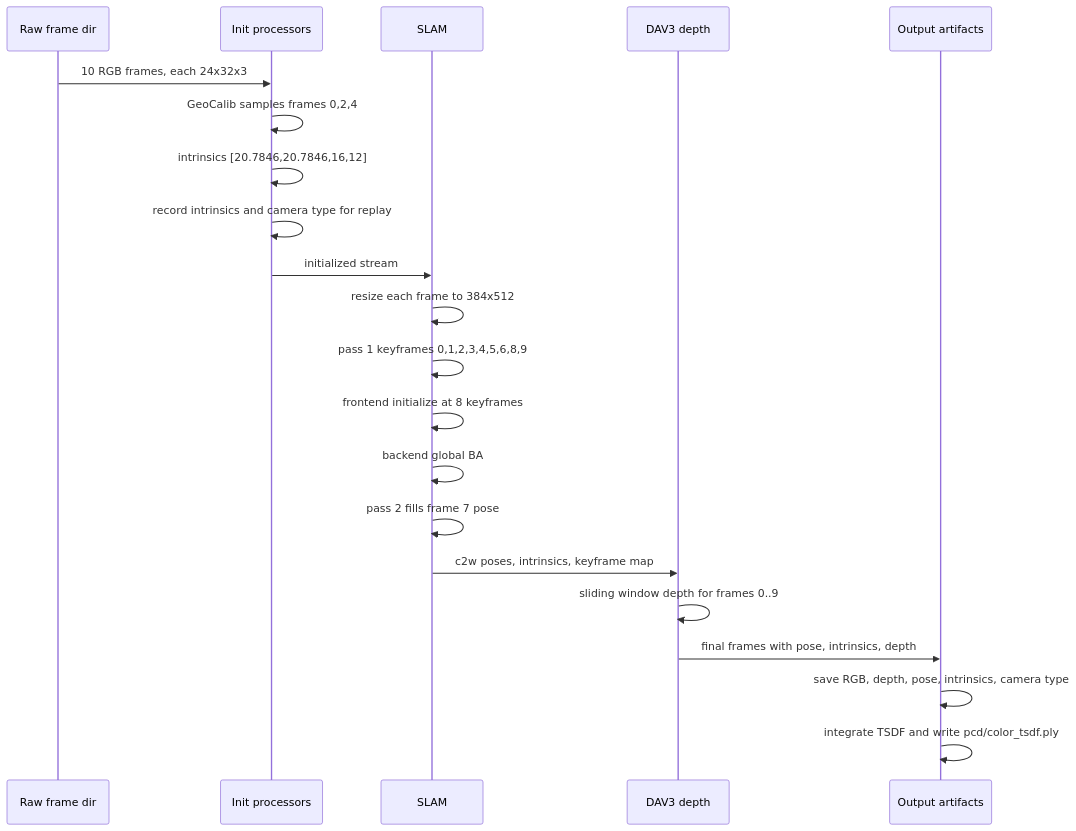
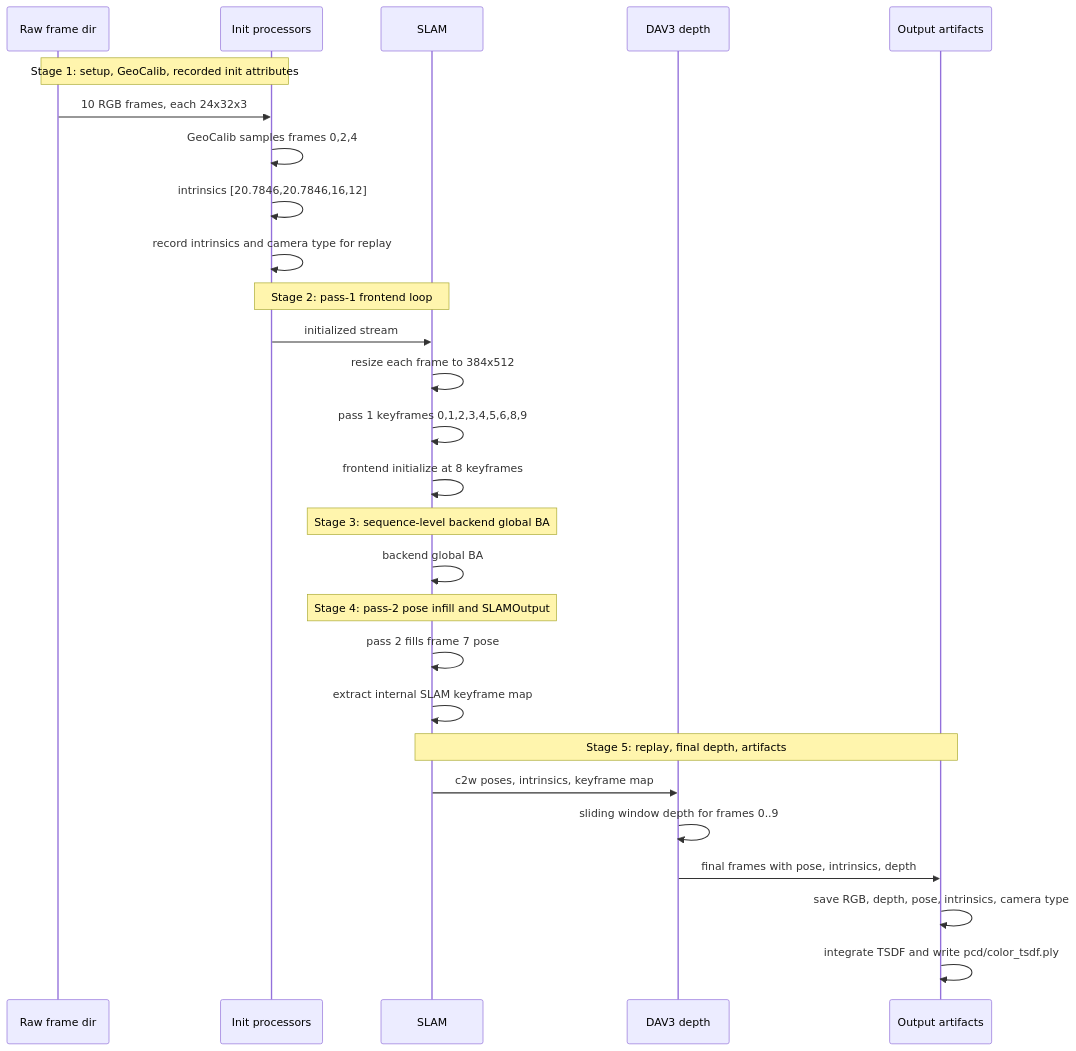
The diagram in fullexplain-toy.md (sadanand1120/vipe), drawn with Mermaid before and after one commit. The commit also changed other lines of this file and 1 other file, not shown here.

````diff
--- a/fullexplain-toy.md
+++ b/fullexplain-toy.md
@@ -816,23 +822,29 @@
 ```mermaid
 sequenceDiagram
     participant R as Raw frame dir
     participant I as Init processors
     participant S as SLAM
     participant D as DAV3 depth
     participant O as Output artifacts
+    Note over R,I: Stage 1: setup, GeoCalib, recorded init attributes
     R->>I: 10 RGB frames, each 24x32x3
     I->>I: GeoCalib samples frames 0,2,4
     I->>I: intrinsics [20.7846,20.7846,16,12]
     I->>I: record intrinsics and camera type for replay
+    Note over I,S: Stage 2: pass-1 frontend loop
     I->>S: initialized stream
     S->>S: resize each frame to 384x512
     S->>S: pass 1 keyframes 0,1,2,3,4,5,6,8,9
     S->>S: frontend initialize at 8 keyframes
+    Note over S: Stage 3: sequence-level backend global BA
     S->>S: backend global BA
+    Note over S: Stage 4: pass-2 pose infill and SLAMOutput
     S->>S: pass 2 fills frame 7 pose
+    S->>S: extract internal SLAM keyframe map
+    Note over S,O: Stage 5: replay, final depth, artifacts
     S->>D: c2w poses, intrinsics, keyframe map
     D->>D: sliding window depth for frames 0..9
     D->>O: final frames with pose, intrinsics, depth
     O->>O: save RGB, depth, pose, intrinsics, camera type
     O->>O: integrate TSDF and write pcd/color_tsdf.ply
 ```
````
